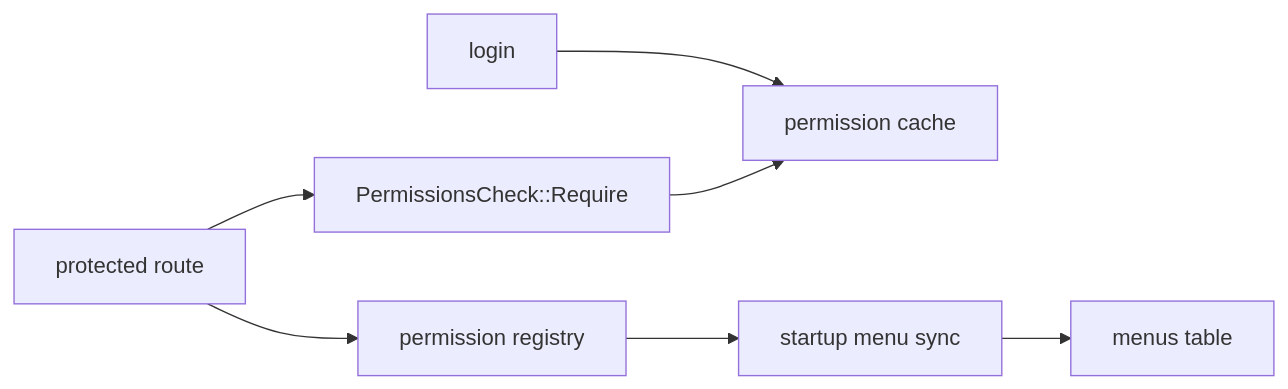
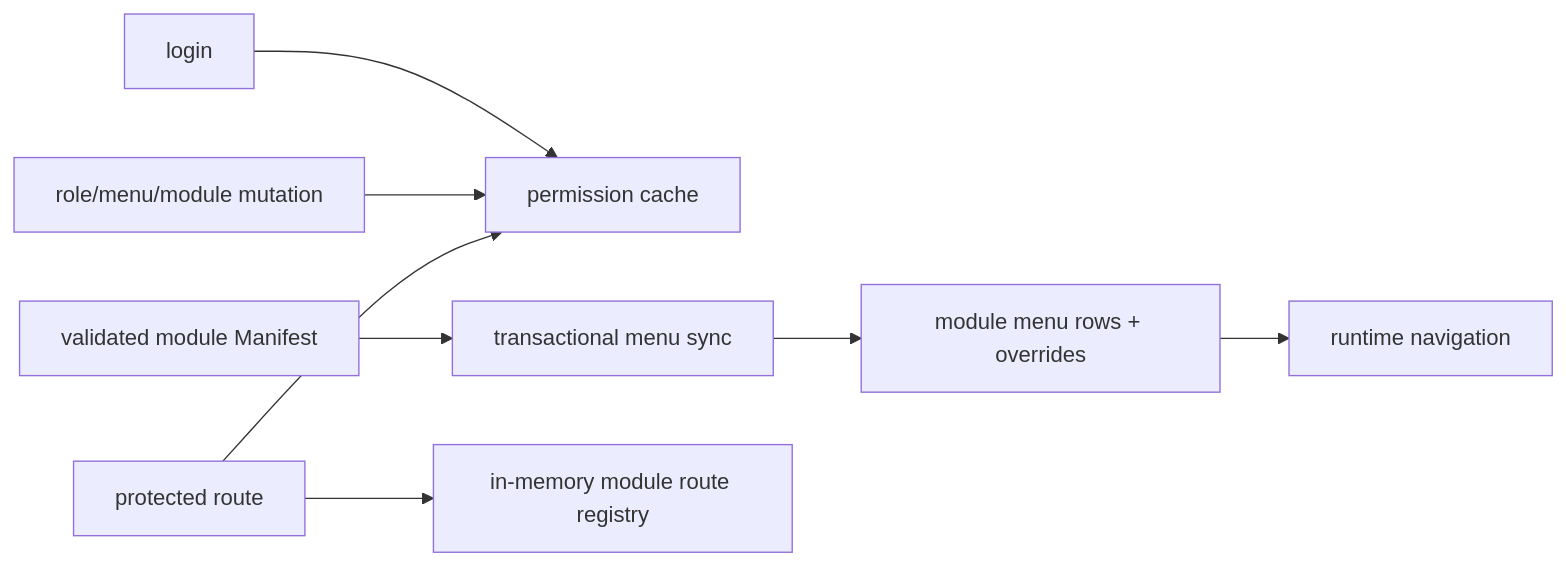
One commit to rustzen/rustzen-admin changed the fourth of 4 diagrams in docs/reference/architecture-diagrams.md. Above: the diagram before and after it, drawn with Mermaid. The commit also changed other lines of this file and 17 other files, not shown here.

Commit message:
docs(architecture): document independent service topology

````diff
--- a/docs/reference/architecture-diagrams.md
+++ b/docs/reference/architecture-diagrams.md
@@ -42,9 +54,10 @@
 ```mermaid
 flowchart LR
     Login["login"] --> Cache["permission cache"]
-    Route["protected route"] --> Require["PermissionsCheck::Require"]
-    Require --> Cache
-    Route --> Registry["permission registry"]
-    Registry --> MenuSync["startup menu sync"]
-    MenuSync --> Menus["menus table"]
+    Mutation["role/menu/module mutation"] --> Cache
+    Manifest["validated module Manifest"] --> MenuSync["transactional menu sync"]
+    MenuSync --> Menus["module menu rows + overrides"]
+    Menus --> Navigation["runtime navigation"]
+    Route["protected route"] --> Cache
+    Route --> Registry["in-memory module route registry"]
 ```
````
